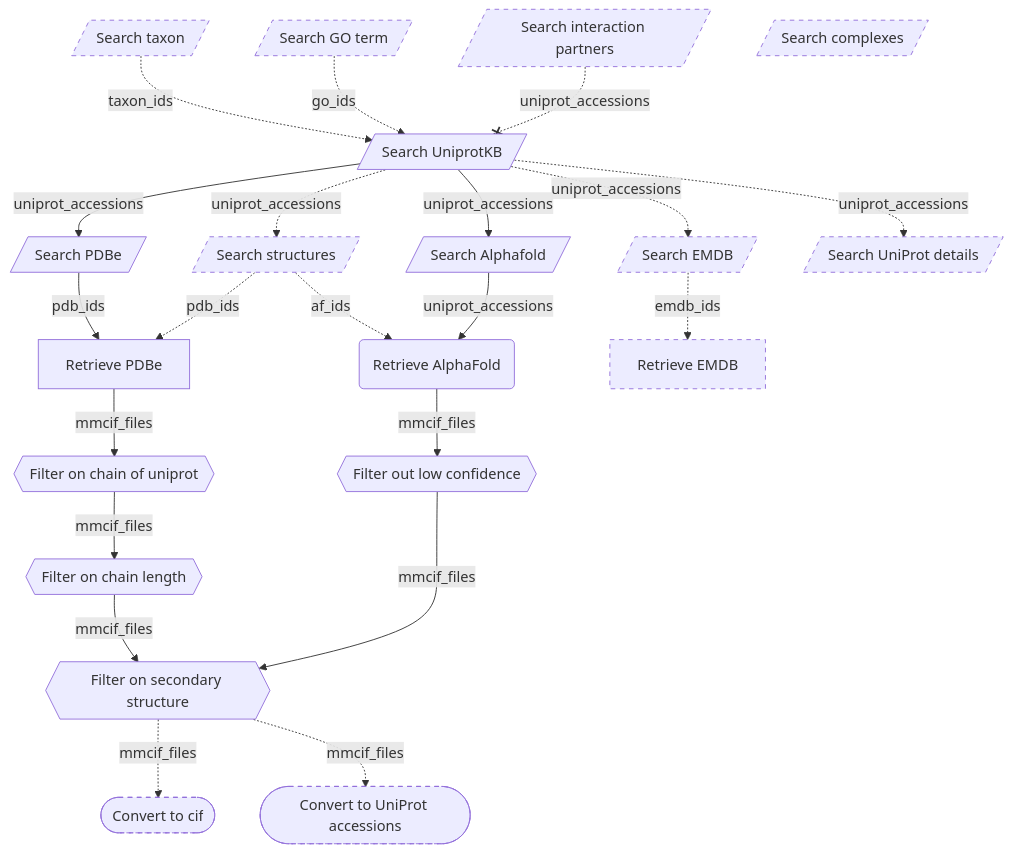
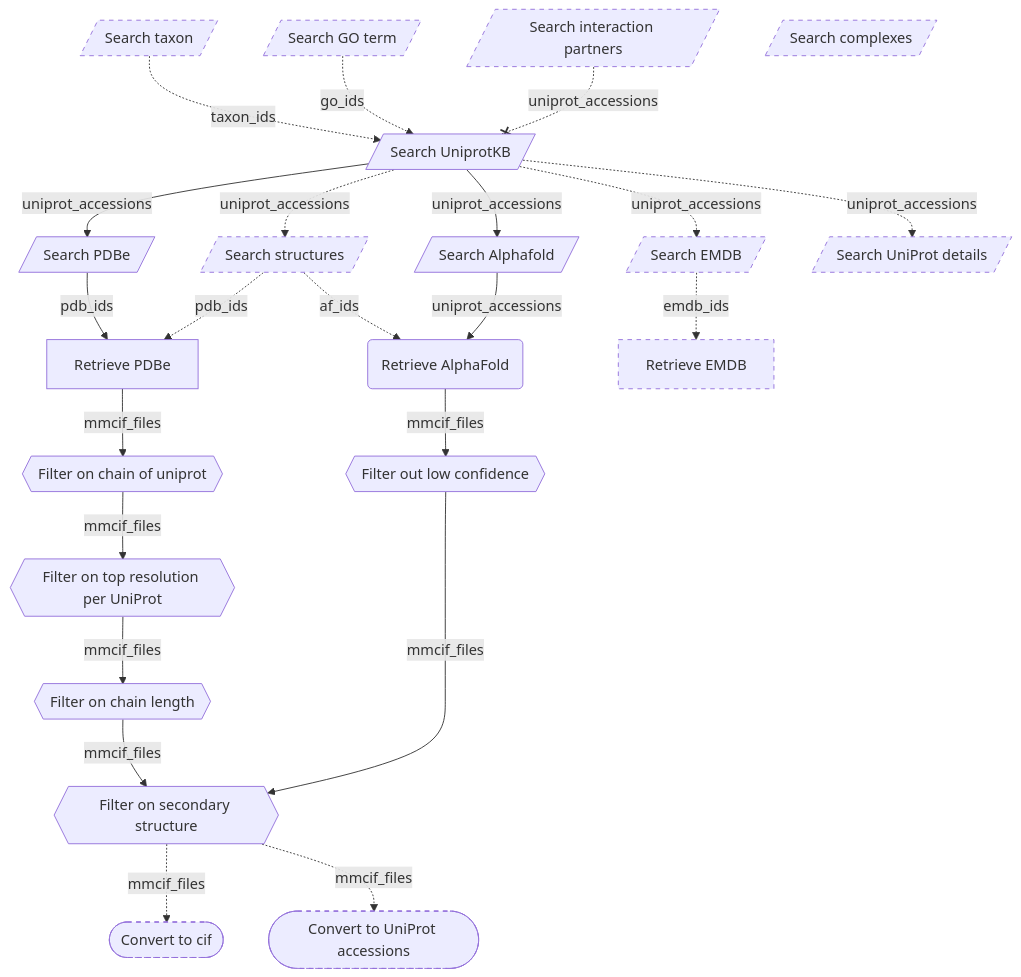
One commit to haddocking/protein-quest changed the diagram in README.md. Above: the diagram before and after it, drawn with Mermaid. The commit also changed other lines of this file and 8 other files, not shown here.

Commit message:
Add `protein-quest filter resolution --group-by uniprot_accession ...` subcommand \

````diff
--- a/README.md
+++ b/README.md
@@ -40,35 +40,36 @@
 ```mermaid
 graph TB;
     taxonomy[/Search taxon/] -. taxon_ids .-> searchuniprot[/Search UniprotKB/]
     goterm[/Search GO term/] -. go_ids .-> searchuniprot[/Search UniprotKB/]
     searchuniprot --> |uniprot_accessions|searchpdbe[/Search PDBe/]
     searchuniprot -. uniprot_accessions .-> searchstructures[/Search structures/]
     searchuniprot --> |uniprot_accessions|searchaf[/Search Alphafold/]
     searchuniprot -. uniprot_accessions .-> searchemdb[/Search EMDB/]
     searchuniprot -. uniprot_accessions .-> searchuniprotdetails[/Search UniProt details/]
     searchintactionpartners[/Search interaction partners/] -.-x |uniprot_accessions|searchuniprot
     searchcomplexes[/Search complexes/]
     searchpdbe -->|pdb_ids|fetchpdbe[Retrieve PDBe]
     searchstructures -. pdb_ids .-> fetchpdbe
     searchstructures -. af_ids .-> fetchad
     searchaf --> |uniprot_accessions|fetchad(Retrieve AlphaFold)
     searchemdb -. emdb_ids .->fetchemdb[Retrieve EMDB]
     fetchpdbe -->|mmcif_files| chainfilter{{Filter on chain of uniprot}}
-    chainfilter --> |mmcif_files| residuefilter{{Filter on chain length}}
+    chainfilter --> |mmcif_files| resolutionfilter{{Filter on top resolution per UniProt}}
+    resolutionfilter --> |mmcif_files| residuefilter{{Filter on chain length}}
     fetchad -->|mmcif_files| confidencefilter{{Filter out low confidence}}
     confidencefilter --> |mmcif_files| ssfilter{{Filter on secondary structure}}
     residuefilter --> |mmcif_files| ssfilter
     ssfilter -. mmcif_files .-> convert2cif([Convert to cif])
     ssfilter -. mmcif_files .-> convert2uniprot_accessions([Convert to UniProt accessions])
     classDef dashedBorder stroke-dasharray: 5 5;
     goterm:::dashedBorder
     taxonomy:::dashedBorder
     searchemdb:::dashedBorder
     fetchemdb:::dashedBorder
     searchstructures:::dashedBorder
     searchintactionpartners:::dashedBorder
     searchcomplexes:::dashedBorder
     searchuniprotdetails:::dashedBorder
     convert2cif:::dashedBorder
     convert2uniprot_accessions:::dashedBorder
 ```
````
